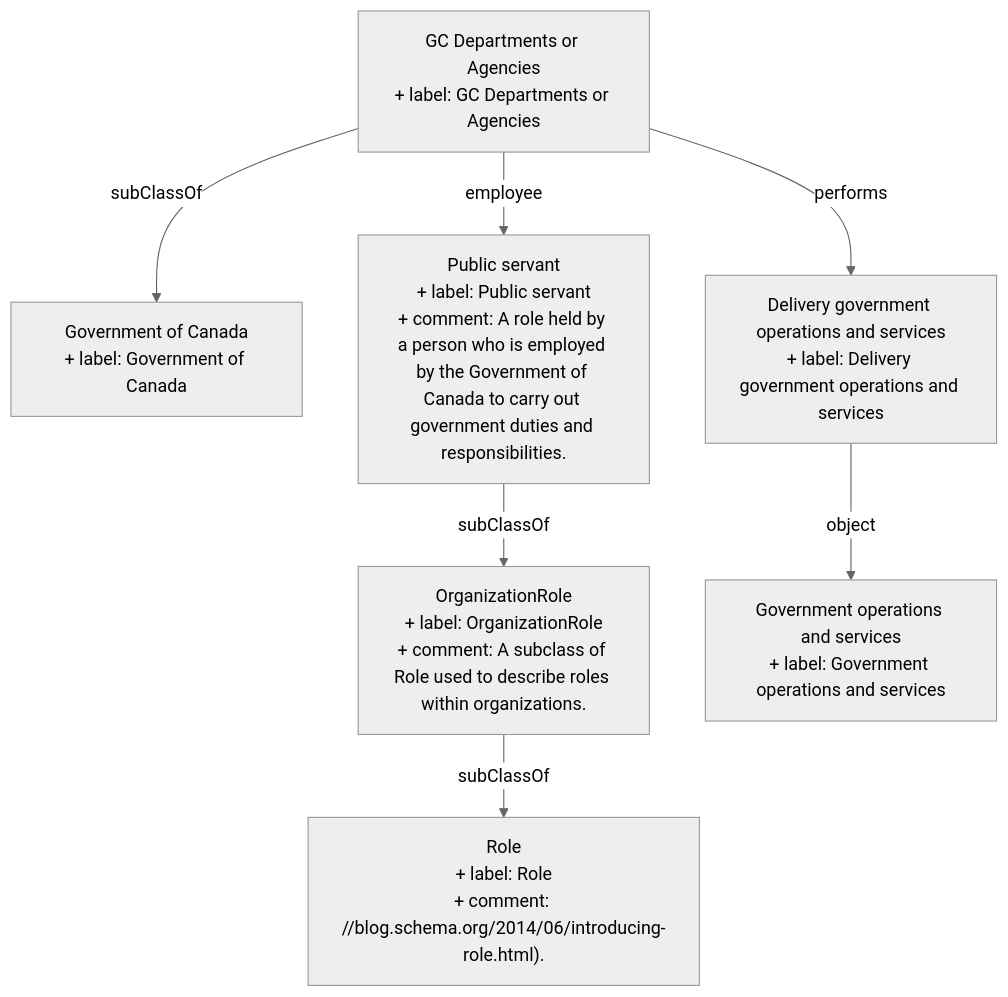
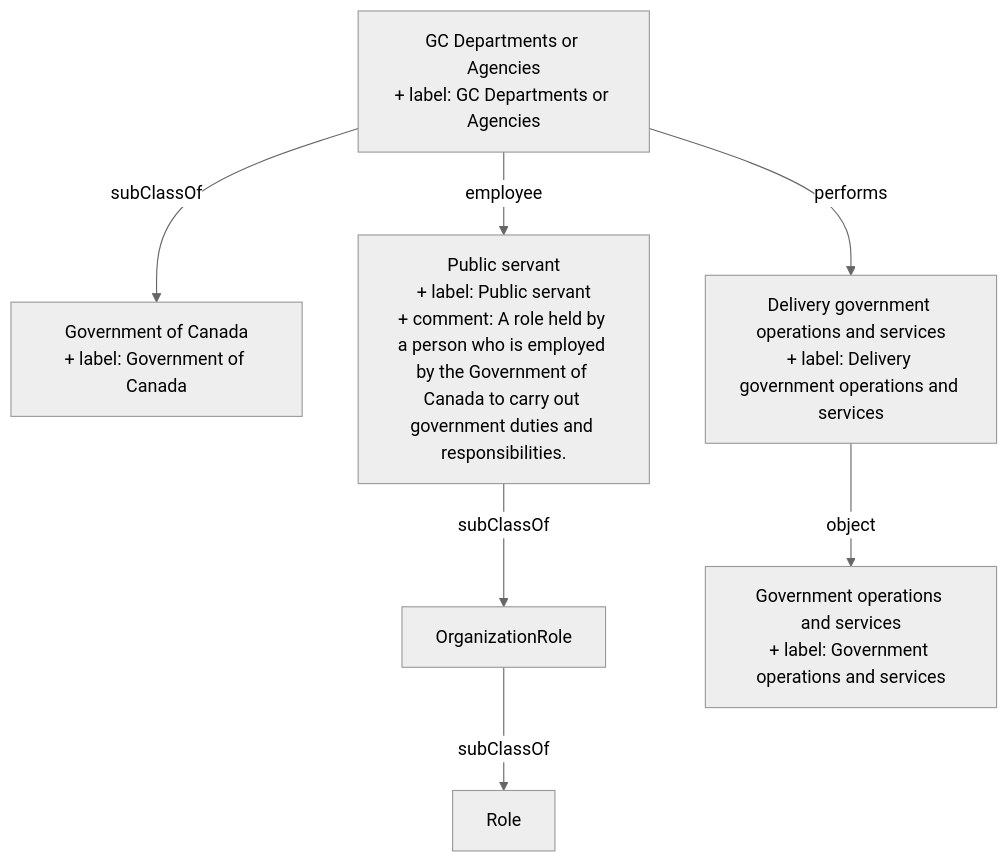
One commit to heidingaway/heidi2 changed the diagram in content/policy on service and digital/department_agency_ca.md. Above: the diagram before and after it, drawn with Mermaid (neutral theme). The commit also changed other lines of this file and 350 other files, not shown here.

````diff
--- a/content/policy on service and digital/department_agency_ca.md
+++ b/content/policy on service and digital/department_agency_ca.md
@@ -28,16 +29,16 @@
 ```mermaid
 graph TD
   GC_Departments_or_Agencies["GC Departments or Agencies<br>+ label: GC Departments or Agencies"]:::current-page-node
   Government_of_Canada["Government of Canada<br>+ label: Government of Canada"]
   Public_servant["Public servant<br>+ label: Public servant<br>+ comment: A role held by a person who is employed by the Government of Canada to carry out government duties and responsibilities."]
   Delivery_government_operations_and_services["Delivery government operations and services<br>+ label: Delivery government operations and services"]
-  OrganizationRole["OrganizationRole<br>+ label: OrganizationRole<br>+ comment: A subclass of Role used to describe roles within organizations."]
+  OrganizationRole["OrganizationRole"]
   Government_operations_and_services["Government operations and services<br>+ label: Government operations and services"]
-  Role["Role<br>+ label: Role<br>+ comment: //blog.schema.org/2014/06/introducing-role.html)."]
-  GC_Departments_or_Agencies-->|" subClassOf "|Government_of_Canada
+  Role["Role"]
   GC_Departments_or_Agencies-->|" employee "|Public_servant
-  GC_Departments_or_Agencies-->|" performs "|Delivery_government_operations_and_services
+  Delivery_government_operations_and_services-->|" object "|Government_operations_and_services
   Public_servant-->|" subClassOf "|OrganizationRole
   OrganizationRole-->|" subClassOf "|Role
-  Delivery_government_operations_and_services-->|" object "|Government_operations_and_services
+  GC_Departments_or_Agencies-->|" performs "|Delivery_government_operations_and_services
+  GC_Departments_or_Agencies-->|" subClassOf "|Government_of_Canada
 ```
````
